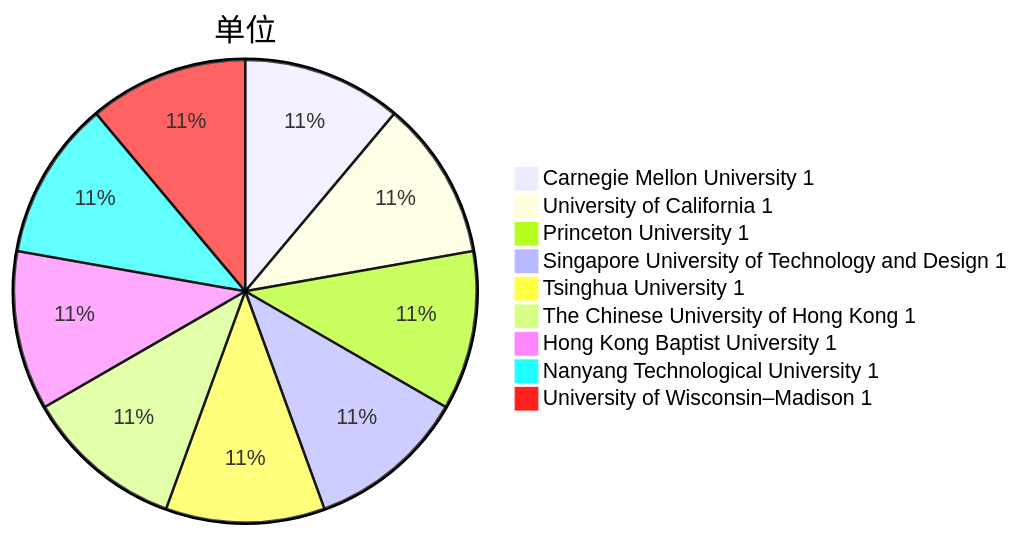
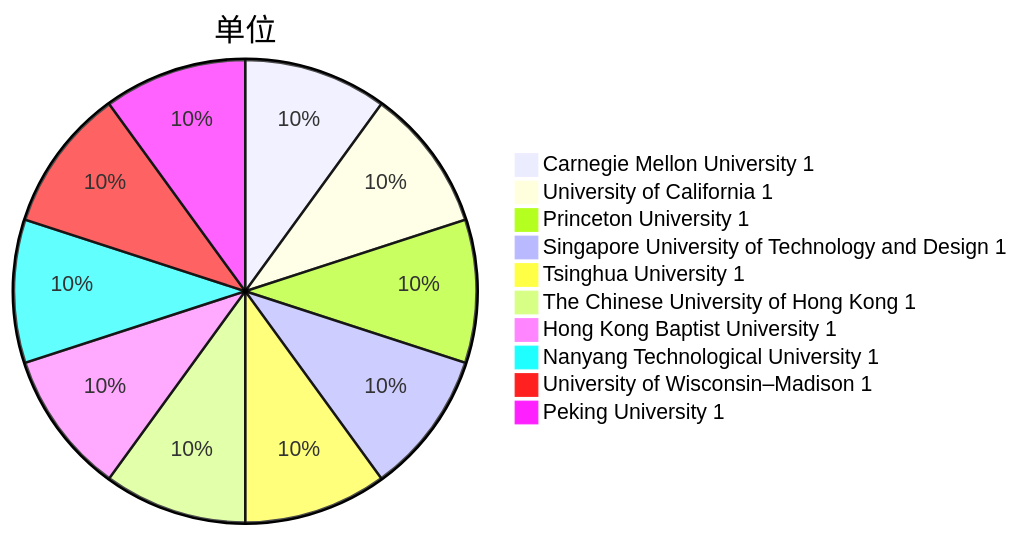
Before and after one commit to Elephant-King9/Paper: the third of 5 diagrams in Attack/Jailbreak/analyse.md, drawn with Mermaid. The commit also changed other lines of this file and 4 other files, not shown here.

````diff
--- a/Attack/Jailbreak/analyse.md
+++ b/Attack/Jailbreak/analyse.md
@@ -40,12 +41,13 @@
 ```mermaid
 pie title 单位
     "Carnegie Mellon University 1" : 1
     "University of California 1" : 1
     "Princeton University 1" : 1
     "Singapore University of Technology and Design 1 " : 1
     "Tsinghua University 1" : 1
     "The Chinese University of Hong Kong 1" : 1
     "Hong Kong Baptist University 1" : 1
     "Nanyang Technological University 1" : 1
     "University of Wisconsin–Madison 1" : 1
+    "Peking University 1" : 1
 ```
````
